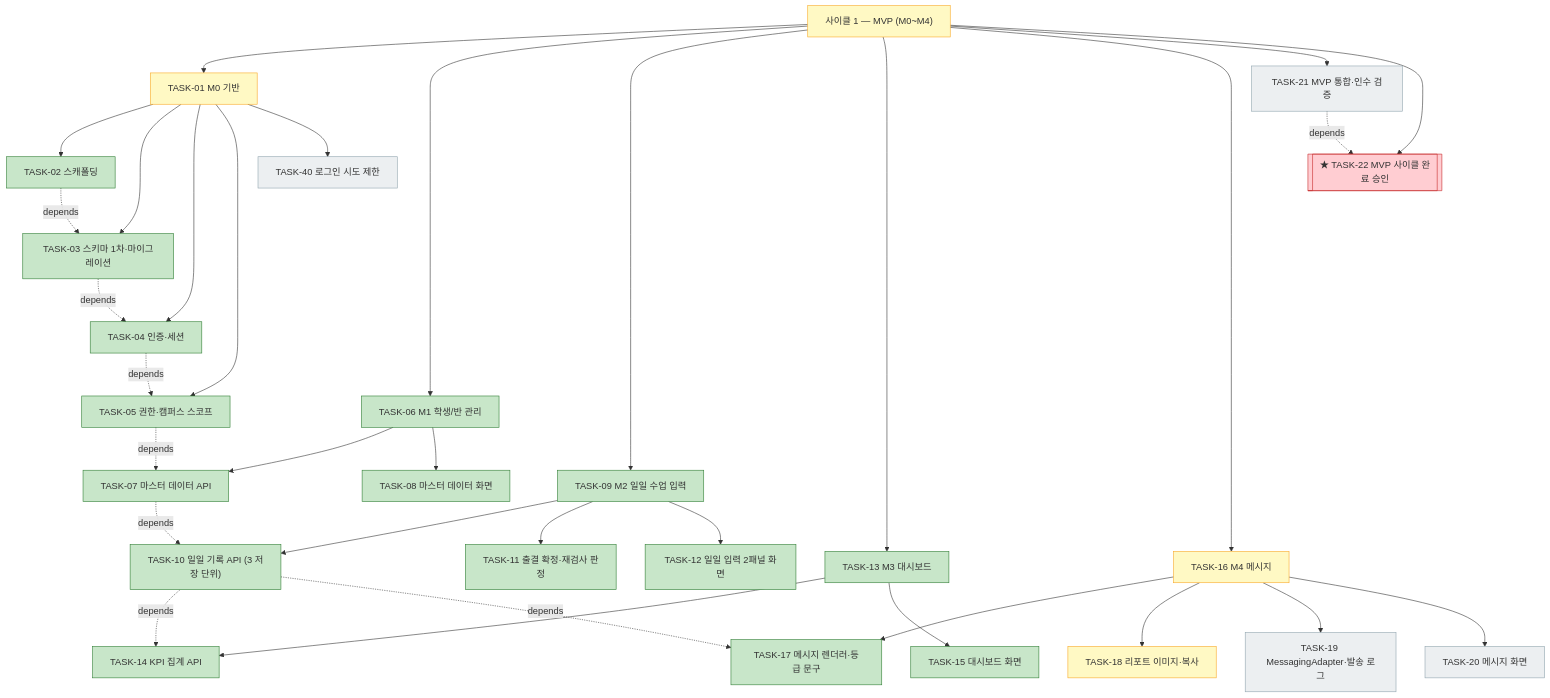
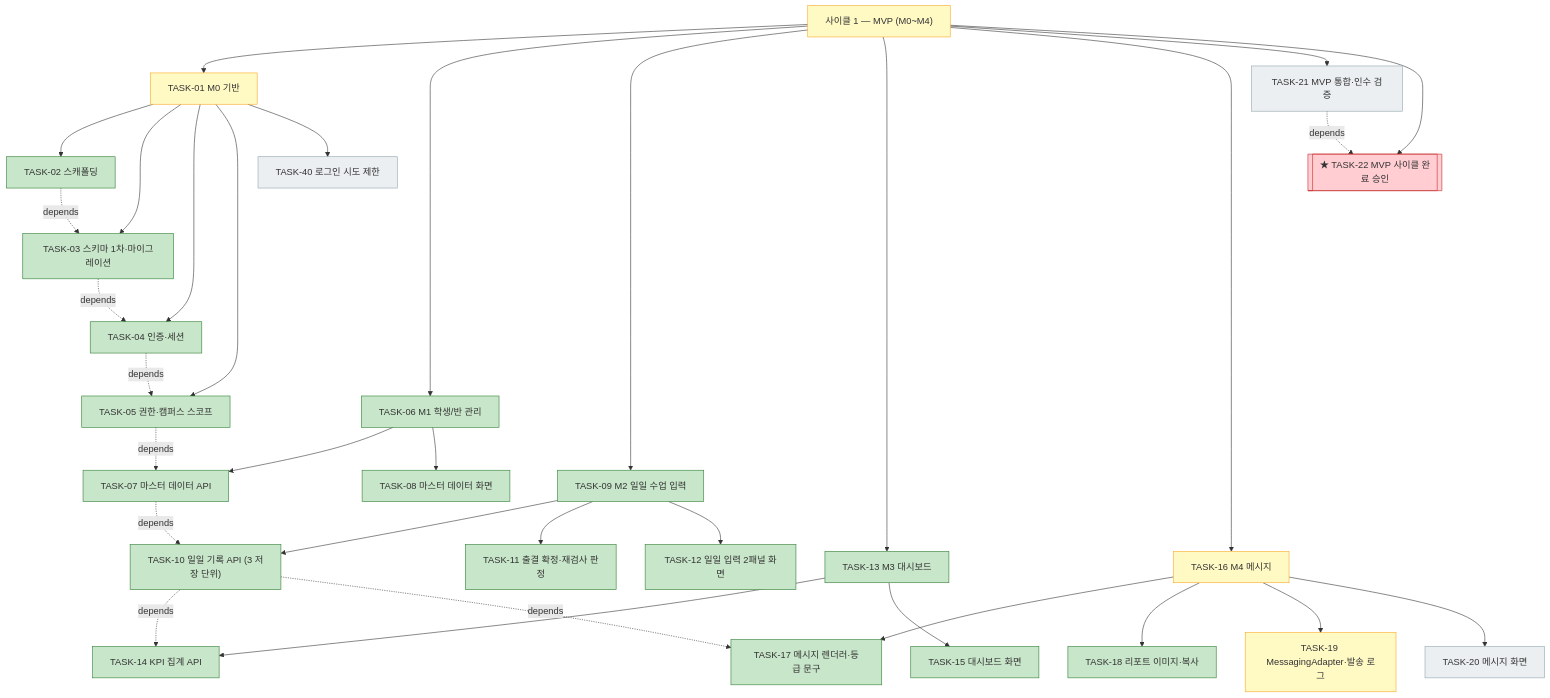
One commit to bluesky5008/mathdesk changed the first of 3 diagrams in docs/plan.md. Above: the diagram before and after it, drawn with Mermaid. The commit also changed other lines of this file and 12 other files, not shown here.

First line of the commit message:
feat(messaging): TASK-18 리포트 이미지와 클립보드 복사

````diff
--- a/docs/plan.md
+++ b/docs/plan.md
@@ -105,39 +105,39 @@
 ```mermaid
 flowchart TD
     C1["사이클 1 — MVP (M0~M4)"]:::active
     C1 --> T01["TASK-01 M0 기반"]:::active
     T01 --> T02["TASK-02 스캐폴딩"]:::done
     T01 --> T03["TASK-03 스키마 1차·마이그레이션"]:::done
     T01 --> T04["TASK-04 인증·세션"]:::done
     T01 --> T05["TASK-05 권한·캠퍼스 스코프"]:::done
     T01 --> T40["TASK-40 로그인 시도 제한"]:::todo
     C1 --> T06["TASK-06 M1 학생/반 관리"]:::done
     T06 --> T07["TASK-07 마스터 데이터 API"]:::done
     T06 --> T08["TASK-08 마스터 데이터 화면"]:::done
     C1 --> T09["TASK-09 M2 일일 수업 입력"]:::done
     T09 --> T10["TASK-10 일일 기록 API (3 저장 단위)"]:::done
     T09 --> T11["TASK-11 출결 확정·재검사 판정"]:::done
     T09 --> T12["TASK-12 일일 입력 2패널 화면"]:::done
     C1 --> T13["TASK-13 M3 대시보드"]:::done
     T13 --> T14["TASK-14 KPI 집계 API"]:::done
     T13 --> T15["TASK-15 대시보드 화면"]:::done
     C1 --> T16["TASK-16 M4 메시지"]:::active
     T16 --> T17["TASK-17 메시지 렌더러·등급 문구"]:::done
-    T16 --> T18["TASK-18 리포트 이미지·복사"]:::active
-    T16 --> T19["TASK-19 MessagingAdapter·발송 로그"]:::todo
+    T16 --> T18["TASK-18 리포트 이미지·복사"]:::done
+    T16 --> T19["TASK-19 MessagingAdapter·발송 로그"]:::active
     T16 --> T20["TASK-20 메시지 화면"]:::todo
     C1 --> T21["TASK-21 MVP 통합·인수 검증"]:::todo
     C1 --> T22[["★ TASK-22 MVP 사이클 완료 승인"]]:::gate
     T02 -. depends .-> T03
     T03 -. depends .-> T04
     T04 -. depends .-> T05
     T05 -. depends .-> T07
     T07 -. depends .-> T10
     T10 -. depends .-> T14
     T10 -. depends .-> T17
     T21 -. depends .-> T22
     classDef done fill:#c8e6c9,stroke:#2e7d32
     classDef active fill:#fff9c4,stroke:#f9a825
     classDef todo fill:#eceff1,stroke:#90a4ae
     classDef gate fill:#ffcdd2,stroke:#c62828
 ```
````
